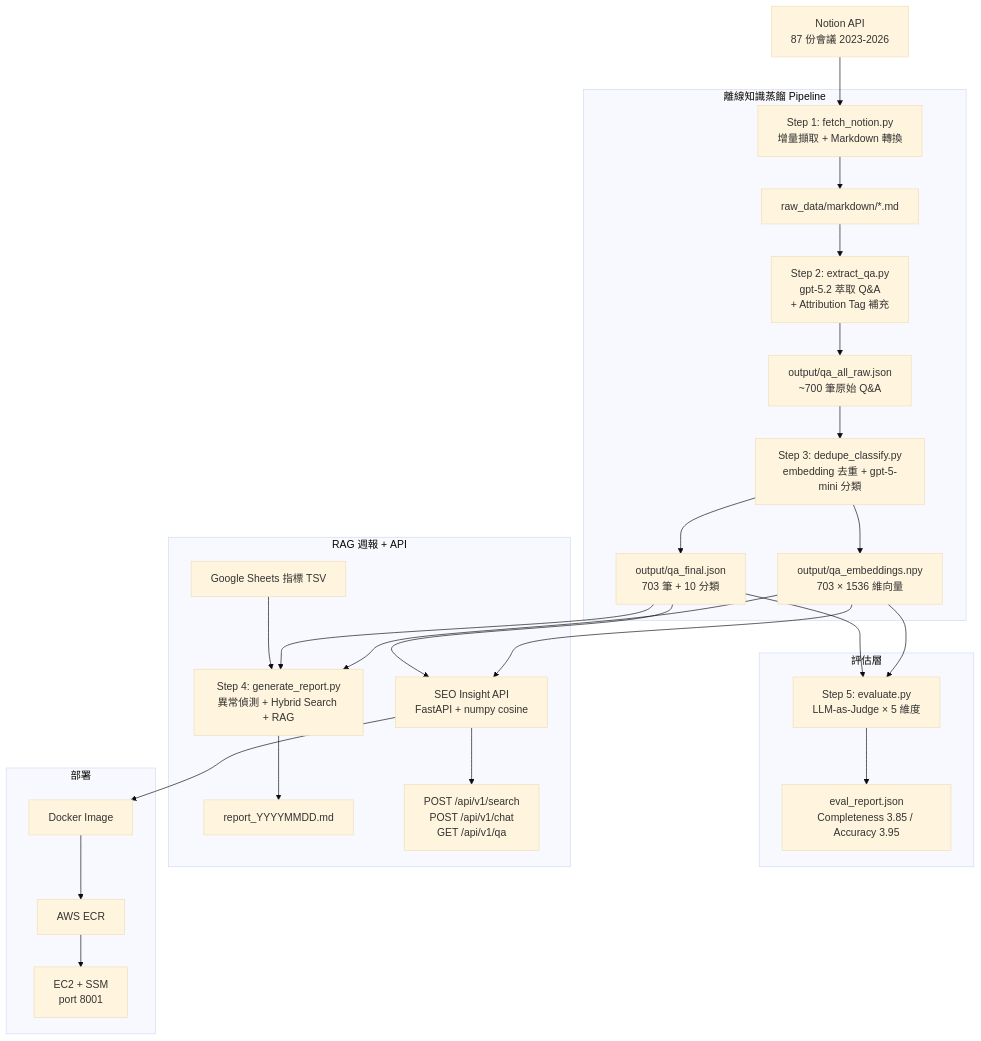
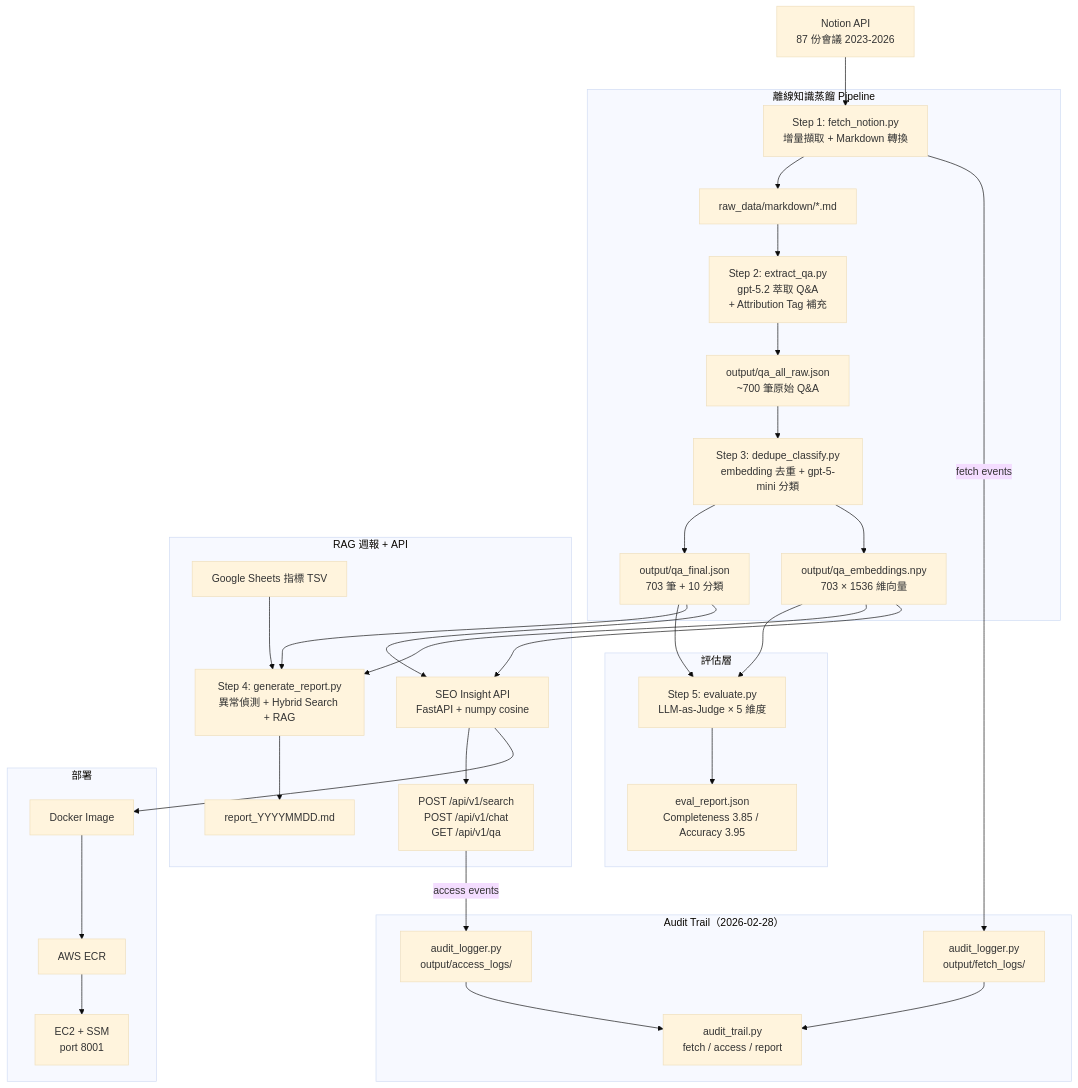
Before and after one commit to sosreader/seo-knowledge-insight: the diagram in research/06-project-architecture.md, drawn with Mermaid (base theme). The commit also changed other lines of this file and 1 other file, not shown here.

First line of the commit message:
docs: update research knowledge base with audit trail and API tracking

````diff
--- a/research/06-project-architecture.md
+++ b/research/06-project-architecture.md
@@ -117,36 +127,43 @@
 ```mermaid
 flowchart TD
     N[Notion API<br/>87 份會議 2023-2026] --> S1
 
     subgraph Pipeline["離線知識蒸餾 Pipeline"]
         S1[Step 1: fetch_notion.py<br/>增量擷取 + Markdown 轉換] --> MD[raw_data/markdown/*.md]
         MD --> S2[Step 2: extract_qa.py<br/>gpt-5.2 萃取 Q&A<br/>+ Attribution Tag 補充]
         S2 --> RAW[output/qa_all_raw.json<br/>~700 筆原始 Q&A]
         RAW --> S3[Step 3: dedupe_classify.py<br/>embedding 去重 + gpt-5-mini 分類]
         S3 --> QA[output/qa_final.json<br/>703 筆 + 10 分類]
         S3 --> EMB[output/qa_embeddings.npy<br/>703 × 1536 維向量]
     end
 
     subgraph Eval["評估層"]
         QA --> S5[Step 5: evaluate.py<br/>LLM-as-Judge × 5 維度]
         EMB --> S5
         S5 --> ER[eval_report.json<br/>Completeness 3.85 / Accuracy 3.95]
     end
 
     subgraph RAG_Flow["RAG 週報 + API"]
         GS[Google Sheets 指標 TSV] --> S4[Step 4: generate_report.py<br/>異常偵測 + Hybrid Search + RAG]
         QA --> S4
         EMB --> S4
         S4 --> RPT[report_YYYYMMDD.md]
 
         QA --> API[SEO Insight API<br/>FastAPI + numpy cosine]
         EMB --> API
         API --> EP["POST /api/v1/search<br/>POST /api/v1/chat<br/>GET  /api/v1/qa"]
     end
 
+    subgraph AuditTrail["Audit Trail（2026-02-28）"]
+        S1 -->|fetch events| AL["audit_logger.py<br/>output/fetch_logs/"]
+        EP -->|access events| AL2["audit_logger.py<br/>output/access_logs/"]
+        AL --> ATQ["audit_trail.py<br/>fetch / access / report"]
+        AL2 --> ATQ
+    end
+
     subgraph Deploy["部署"]
         API --> Docker[Docker Image]
         Docker --> ECR[AWS ECR]
         ECR --> EC2[EC2 + SSM<br/>port 8001]
     end
 ```
````
